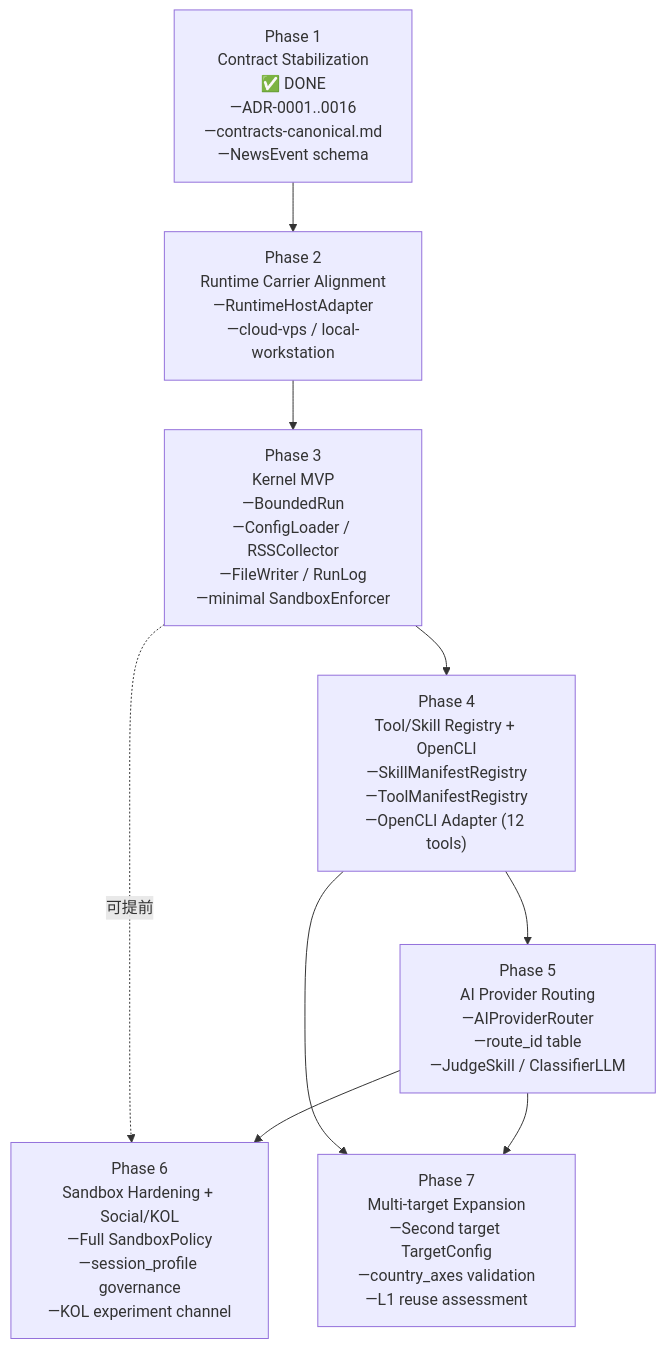
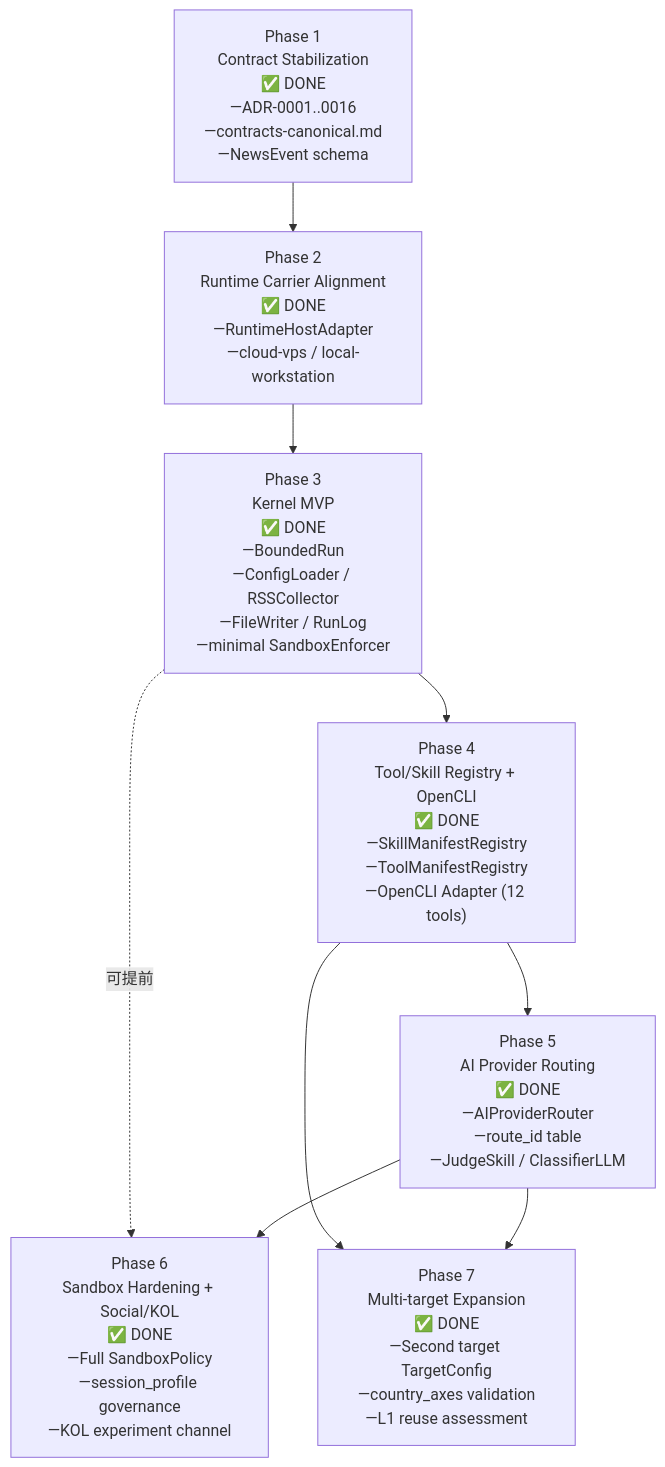
The diagram in docs/spec/README.md (XucroYuri/NewsSentry), drawn with Mermaid before and after one commit. The commit also changed other lines of this file, not shown here.

Commit message:
Docs: 更新 spec/README.md — 所有 7 阶段标记为 DONE

````diff
--- a/docs/spec/README.md
+++ b/docs/spec/README.md
@@ -30,19 +30,19 @@
 ```mermaid
 graph TD
     P1["Phase 1\nContract Stabilization\n✅ DONE\n—ADR-0001..0016\n—contracts-canonical.md\n—NewsEvent schema"]
-    P2["Phase 2\nRuntime Carrier Alignment\n—RuntimeHostAdapter\n—cloud-vps / local-workstation"]
-    P3["Phase 3\nKernel MVP\n—BoundedRun\n—ConfigLoader / RSSCollector\n—FileWriter / RunLog\n—minimal SandboxEnforcer"]
-    P4["Phase 4\nTool/Skill Registry + OpenCLI\n—SkillManifestRegistry\n—ToolManifestRegistry\n—OpenCLI Adapter (12 tools)"]
-    P5["Phase 5\nAI Provider Routing\n—AIProviderRouter\n—route_id table\n—JudgeSkill / ClassifierLLM"]
-    P6["Phase 6\nSandbox Hardening + Social/KOL\n—Full SandboxPolicy\n—session_profile governance\n—KOL experiment channel"]
-    P7["Phase 7\nMulti-target Expansion\n—Second target TargetConfig\n—country_axes validation\n—L1 reuse assessment"]
+    P2["Phase 2\nRuntime Carrier Alignment\n✅ DONE\n—RuntimeHostAdapter\n—cloud-vps / local-workstation"]
+    P3["Phase 3\nKernel MVP\n✅ DONE\n—BoundedRun\n—ConfigLoader / RSSCollector\n—FileWriter / RunLog\n—minimal SandboxEnforcer"]
+    P4["Phase 4\nTool/Skill Registry + OpenCLI\n✅ DONE\n—SkillManifestRegistry\n—ToolManifestRegistry\n—OpenCLI Adapter (12 tools)"]
+    P5["Phase 5\nAI Provider Routing\n✅ DONE\n—AIProviderRouter\n—route_id table\n—JudgeSkill / ClassifierLLM"]
+    P6["Phase 6\nSandbox Hardening + Social/KOL\n✅ DONE\n—Full SandboxPolicy\n—session_profile governance\n—KOL experiment channel"]
+    P7["Phase 7\nMulti-target Expansion\n✅ DONE\n—Second target TargetConfig\n—country_axes validation\n—L1 reuse assessment"]
 
     P1 --> P2
     P2 --> P3
     P3 --> P4
     P4 --> P5
     P5 --> P6
     P3 -.->|"可提前"| P6
     P5 --> P7
     P4 --> P7
 ```
````
